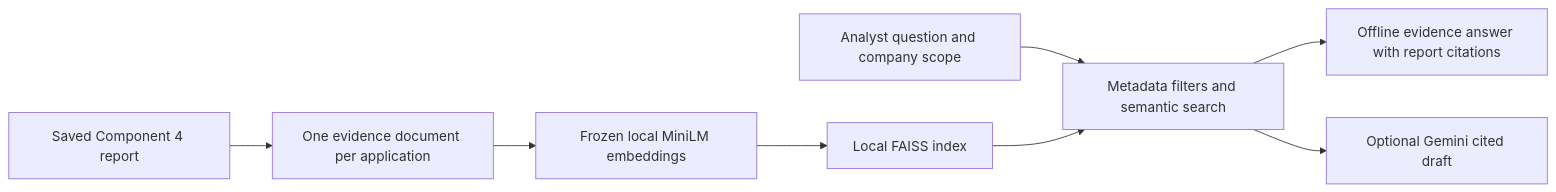
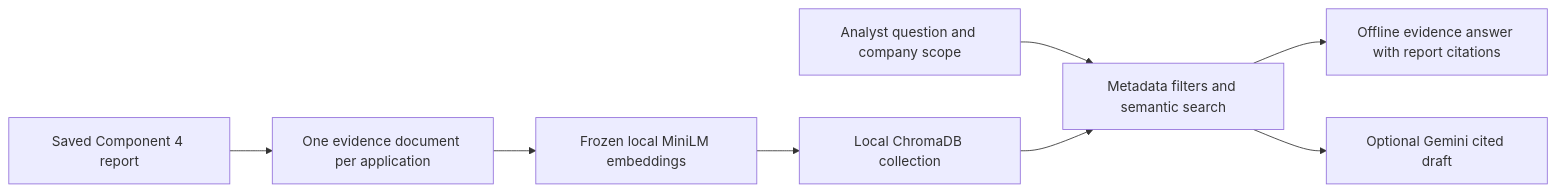
Before and after one commit to Break-Through-Tech/Cyera-1B-ai-tool-discovery-and-risk-classification: the diagram in docs/governance_assistant.md, drawn with Mermaid. The commit also changed other lines of this file and 11 other files, not shown here.

Commit message:
Replace report retrieval backend with local ChromaDB

````diff
--- a/docs/governance_assistant.md
+++ b/docs/governance_assistant.md
@@ -9,10 +9,10 @@
 ```mermaid
 flowchart LR
     A[Saved Component 4 report] --> B[One evidence document per application]
     B --> C[Frozen local MiniLM embeddings]
-    C --> D[Local FAISS index]
+    C --> D[Local ChromaDB collection]
     E[Analyst question and company scope] --> F[Metadata filters and semantic search]
     D --> F
     F --> G[Offline evidence answer with report citations]
     F --> H[Optional Gemini cited draft]
 ```
````
